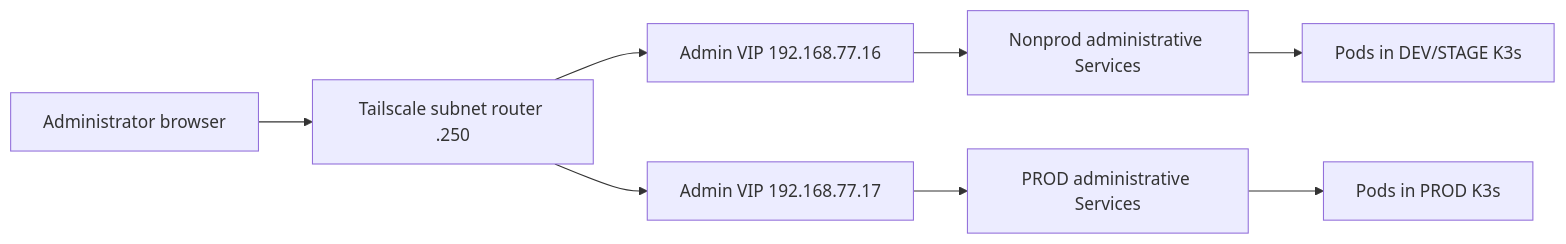
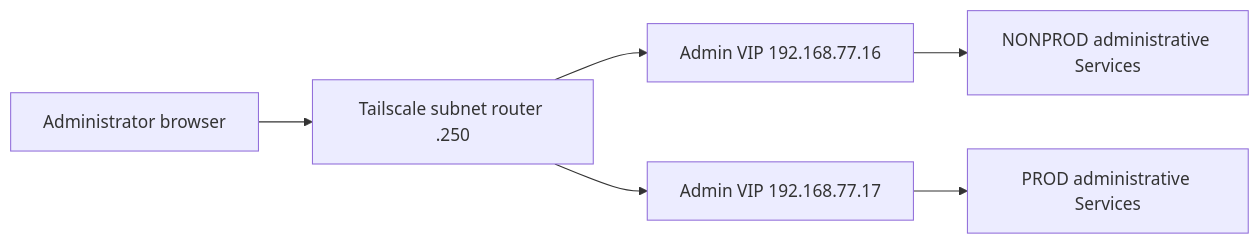
One commit to fastapi-traefik-devops/fastapi-traefik-liora-infrastructure changed the second of 3 diagrams in docs/ARCHITECTURE.md. Above: the diagram before and after it, drawn with Mermaid. The commit also changed other lines of this file, not shown here.

First line of the commit message:
docs(architecture): define the desired platform

````diff
--- a/docs/ARCHITECTURE.md
+++ b/docs/ARCHITECTURE.md
@@ -236,10 +107,8 @@
 ```mermaid
 flowchart LR
   Browser[Administrator browser] --> Tailscale[Tailscale subnet router .250]
   Tailscale --> Nonprod[Admin VIP 192.168.77.16]
   Tailscale --> Prod[Admin VIP 192.168.77.17]
-  Nonprod --> NonprodServices[Nonprod administrative Services]
+  Nonprod --> NonprodServices[NONPROD administrative Services]
   Prod --> ProdServices[PROD administrative Services]
-  NonprodServices --> NonprodPods[Pods in DEV/STAGE K3s]
-  ProdServices --> ProdPods[Pods in PROD K3s]
 ```
````
